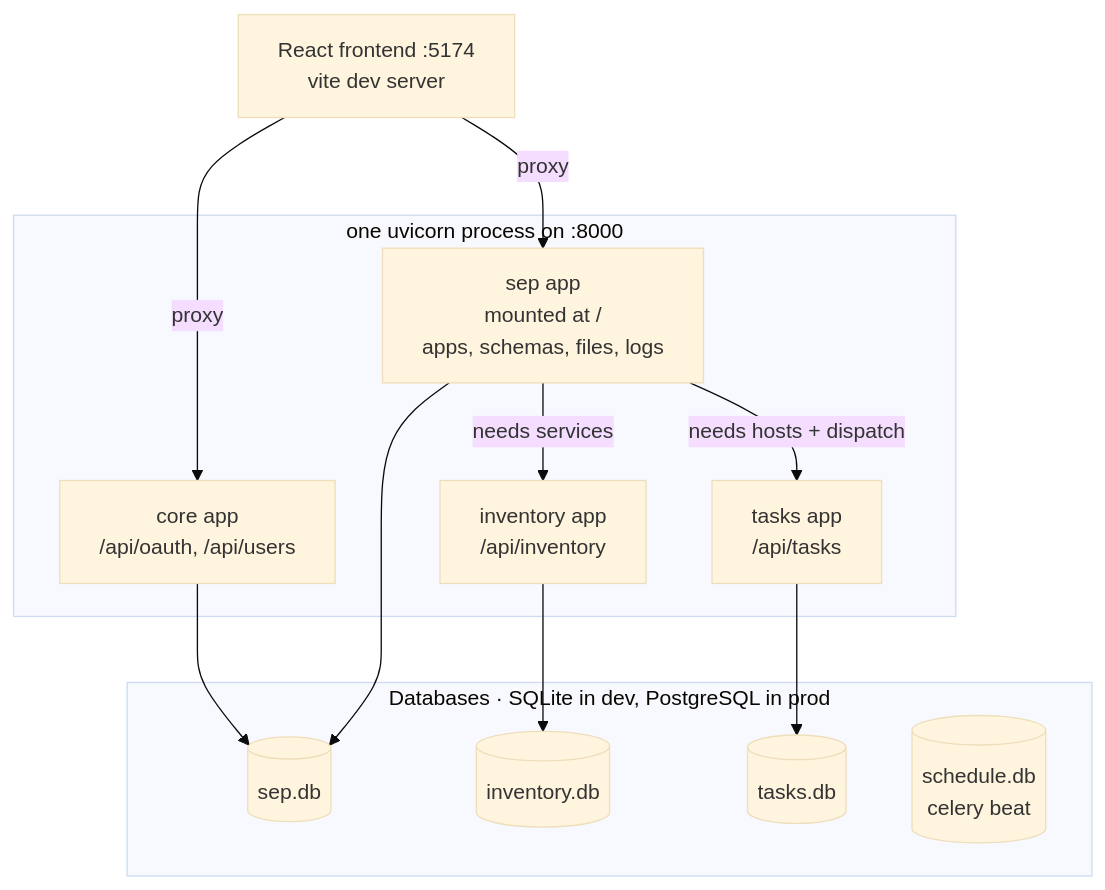
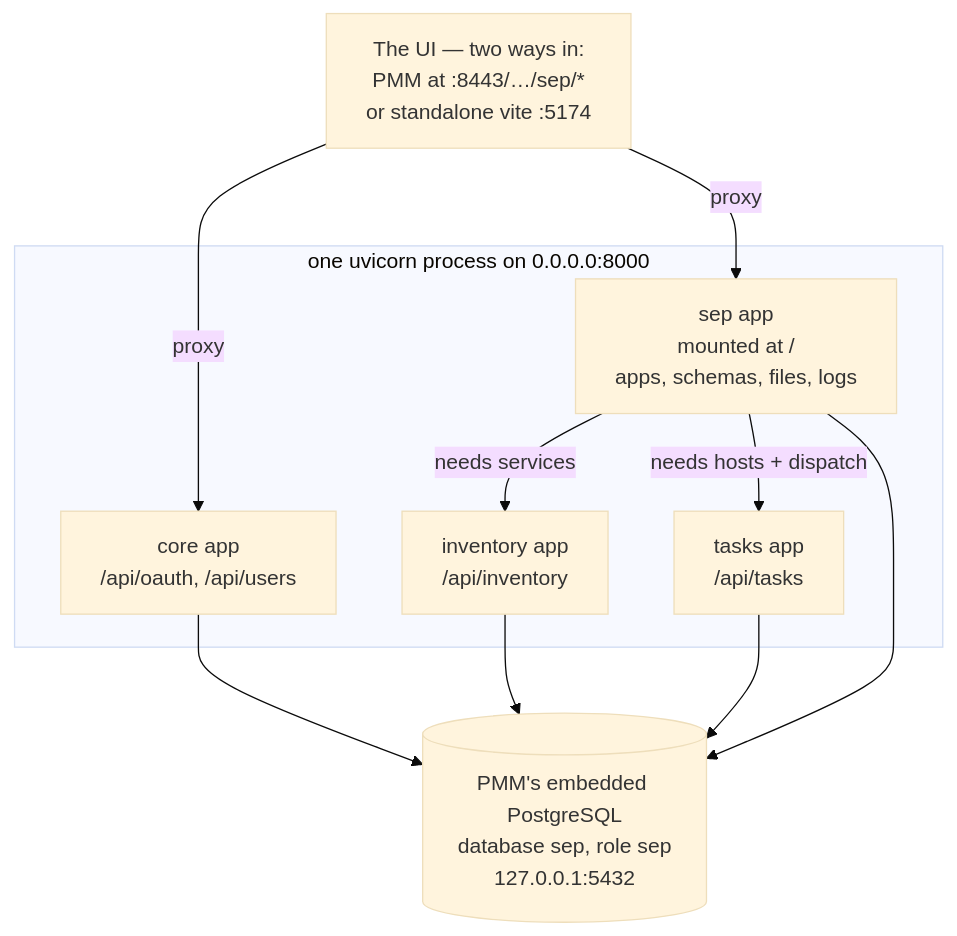
One commit to Percona-Lab/pom-workspace changed the seventh of 11 diagrams in docs/topology.md. Above: the diagram before and after it, drawn with Mermaid (base theme). The commit also changed other lines of this file and 5 other files, not shown here.

````diff
--- a/docs/topology.md
+++ b/docs/topology.md
@@ -286,27 +481,22 @@
 ```mermaid
 flowchart TB
-    FE["React frontend :5174<br/>vite dev server"]
+    UI["The UI — two ways in:<br/>PMM at :8443/…/sep/*<br/>or standalone vite :5174"]
 
-    subgraph P["one uvicorn process on :8000"]
+    subgraph P["one uvicorn process on 0.0.0.0:8000"]
         CORE["core app<br/>/api/oauth, /api/users"]
         INV["inventory app<br/>/api/inventory"]
         TSK["tasks app<br/>/api/tasks"]
         SEPA["sep app<br/>mounted at /<br/>apps, schemas, files, logs"]
     end
 
-    subgraph D["Databases · SQLite in dev, PostgreSQL in prod"]
-        DB1[("sep.db")]
-        DB2[("inventory.db")]
-        DB3[("tasks.db")]
-        DB4[("schedule.db<br/>celery beat")]
-    end
+    PGSEP[("PMM's embedded PostgreSQL<br/>database sep, role sep<br/>127.0.0.1:5432")]
 
-    FE -->|"proxy"| CORE
-    FE -->|"proxy"| SEPA
-    CORE --> DB1
-    SEPA --> DB1
-    INV --> DB2
-    TSK --> DB3
+    UI -->|"proxy"| CORE
+    UI -->|"proxy"| SEPA
+    CORE --> PGSEP
+    INV --> PGSEP
+    TSK --> PGSEP
+    SEPA --> PGSEP
     SEPA -->|"needs hosts + dispatch"| TSK
     SEPA -->|"needs services"| INV
 ```
````
